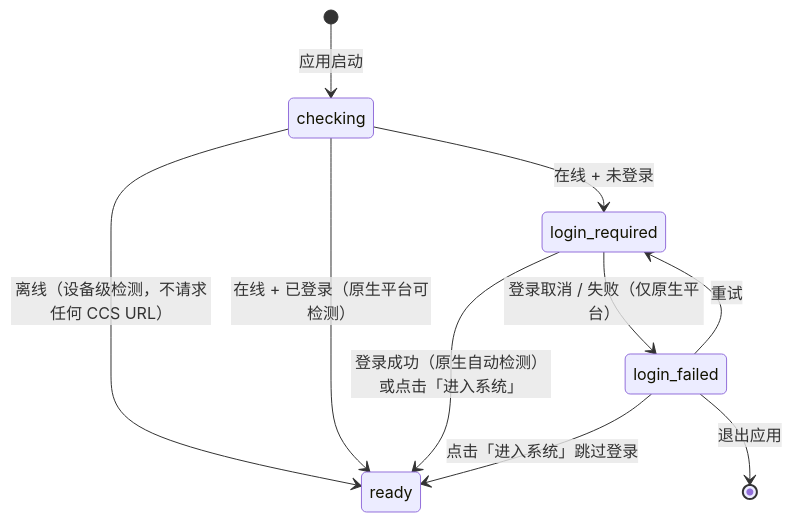
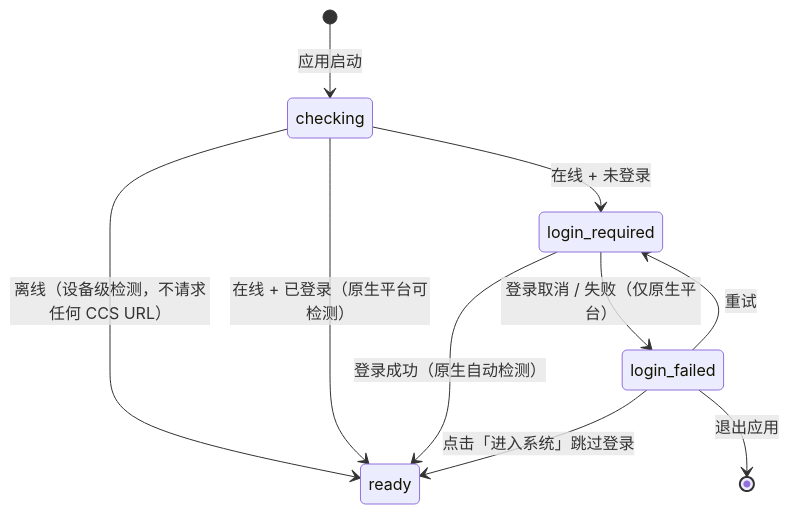
One commit to kevinmoch/ccs-monorepo changed the sixth of 8 diagrams in README.md. Above: the diagram before and after it, drawn with Mermaid. The commit also changed other lines of this file and 3 other files, not shown here.

````diff
--- a/README.md
+++ b/README.md
@@ -2114,13 +2156,13 @@
 ```mermaid
 stateDiagram-v2
     [*] --> checking : 应用启动
     checking --> ready : 离线（设备级检测，不请求任何 CCS URL）
     checking --> ready : 在线 + 已登录（原生平台可检测）
     checking --> login_required : 在线 + 未登录
 
-    login_required --> ready : 登录成功（原生自动检测）或点击「进入系统」
+    login_required --> ready : 登录成功（原生自动检测）
     login_required --> login_failed : 登录取消 / 失败（仅原生平台）
     login_failed --> login_required : 重试
     login_failed --> ready : 点击「进入系统」跳过登录
     login_failed --> [*] : 退出应用
 ```
````
